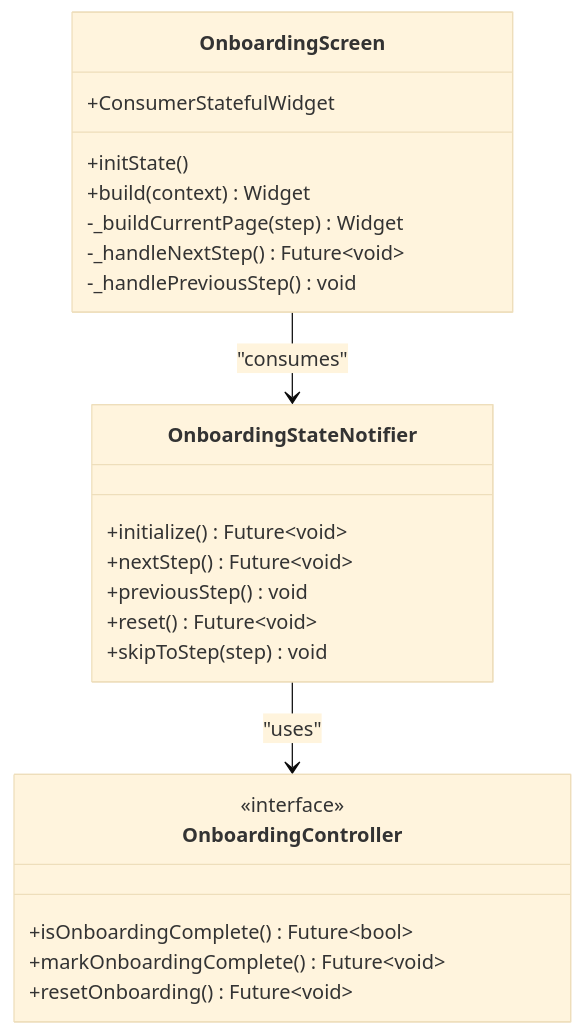
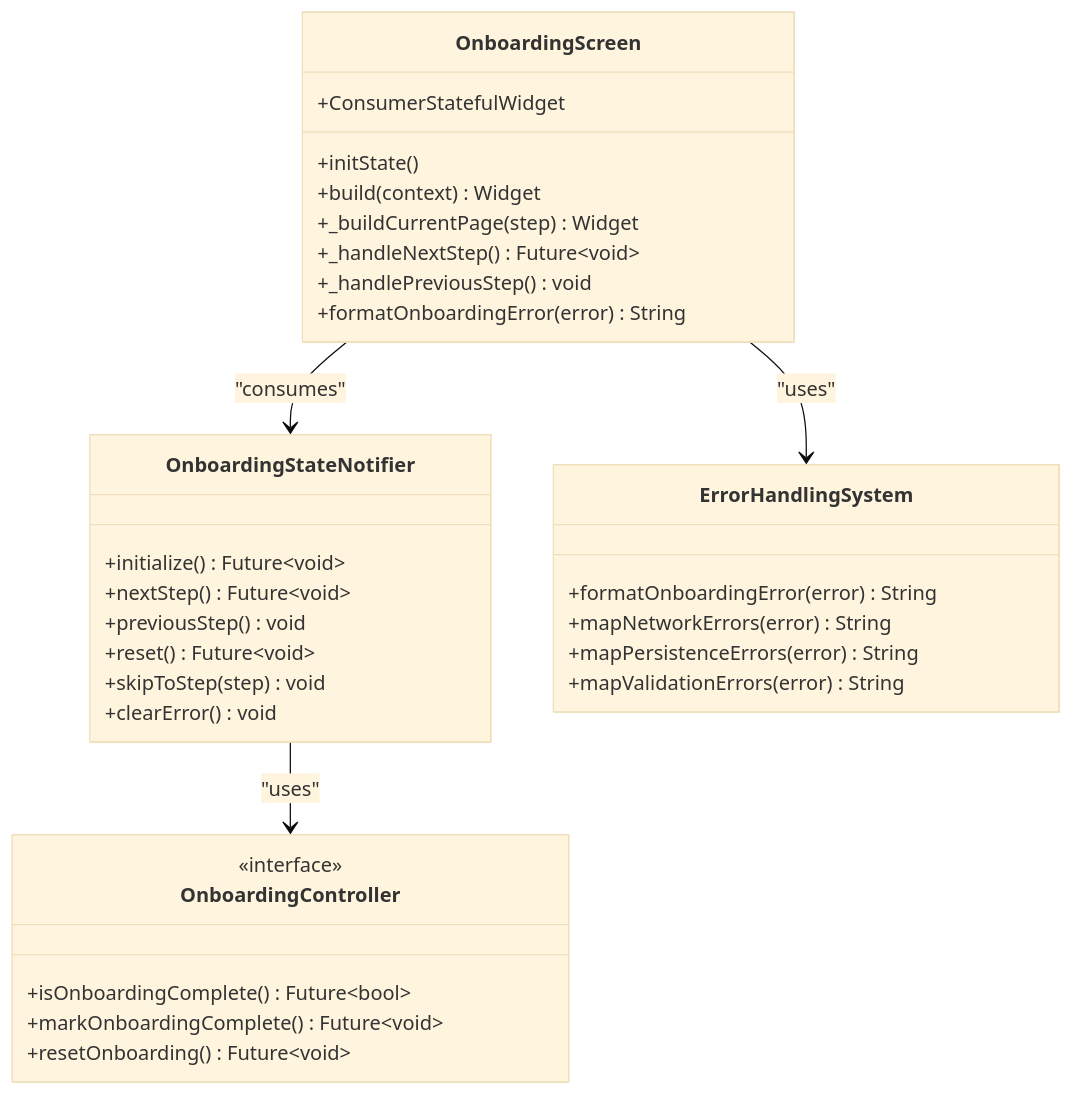
One commit to JAaron93/StyleSync changed the fourth of 6 diagrams in .qoder/repowiki/en/content/Feature Implementation/Onboarding System/Onboarding Screen.md. Above: the diagram before and after it, drawn with Mermaid (base theme). The commit also changed other lines of this file and 36 other files, not shown here.

````diff
--- a/.qoder/repowiki/en/content/Feature Implementation/Onboarding System/Onboarding Screen.md
+++ b/.qoder/repowiki/en/content/Feature Implementation/Onboarding System/Onboarding Screen.md
@@ -144,26 +237,35 @@
 ```mermaid
 classDiagram
 class OnboardingScreen {
 +ConsumerStatefulWidget
 +initState()
 +build(context) Widget
--_buildCurrentPage(step) Widget
--_handleNextStep() Future~void~
--_handlePreviousStep() void
++_buildCurrentPage(step) Widget
++_handleNextStep() Future~void~
++_handlePreviousStep() void
++formatOnboardingError(error) String
 }
 class OnboardingStateNotifier {
 +initialize() Future~void~
 +nextStep() Future~void~
 +previousStep() void
 +reset() Future~void~
 +skipToStep(step) void
++clearError() void
 }
 class OnboardingController {
 <<interface>>
 +isOnboardingComplete() Future~bool~
 +markOnboardingComplete() Future~void~
 +resetOnboarding() Future~void~
 }
+class ErrorHandlingSystem {
++formatOnboardingError(error) String
++mapNetworkErrors(error) String
++mapPersistenceErrors(error) String
++mapValidationErrors(error) String
+}
 OnboardingScreen --> OnboardingStateNotifier : "consumes"
 OnboardingStateNotifier --> OnboardingController : "uses"
+OnboardingScreen --> ErrorHandlingSystem : "uses"
 ```
````
